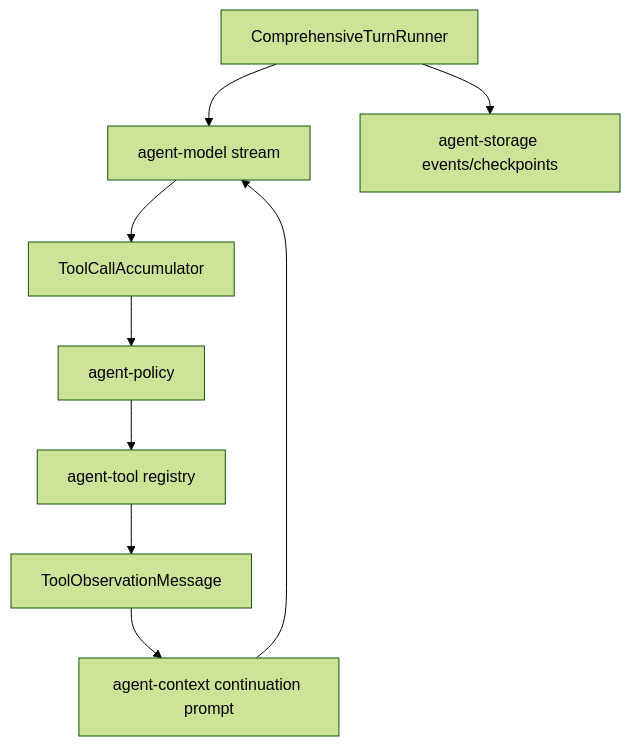
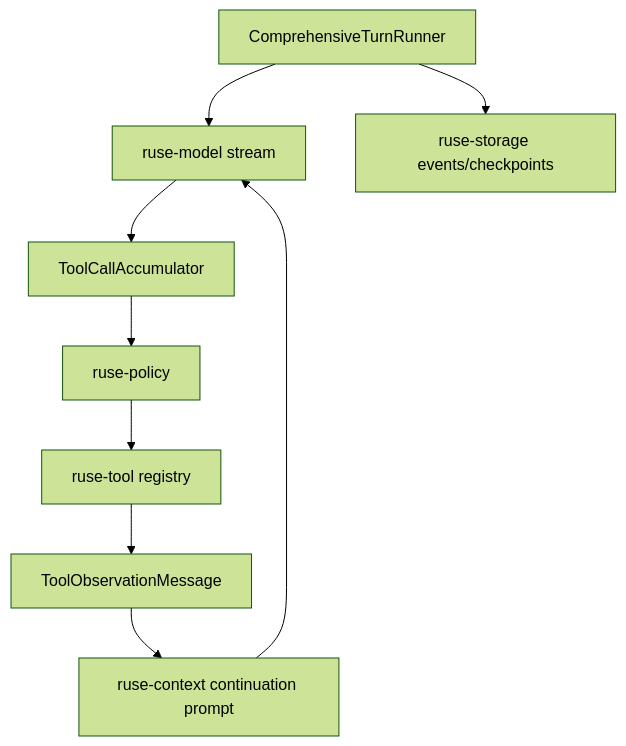
Before and after one commit to poneding/agent: the diagram in docs/specs/M18-00-agent-tool-loop-technical-design.spec.md, drawn with Mermaid (forest theme). The commit also changed other lines of this file and 2091 other files, not shown here.

First line of the commit message:
refactor: rename agent branding to ruse

````diff
--- a/docs/specs/M18-00-agent-tool-loop-technical-design.spec.md
+++ b/docs/specs/M18-00-agent-tool-loop-technical-design.spec.md
@@ -35,11 +35,11 @@
 ```mermaid
 flowchart TD
-  Runner["ComprehensiveTurnRunner"] --> Model["agent-model stream"]
+  Runner["ComprehensiveTurnRunner"] --> Model["ruse-model stream"]
   Model --> Accumulator["ToolCallAccumulator"]
-  Accumulator --> Policy["agent-policy"]
-  Policy --> Tools["agent-tool registry"]
+  Accumulator --> Policy["ruse-policy"]
+  Policy --> Tools["ruse-tool registry"]
   Tools --> Observation["ToolObservationMessage"]
-  Observation --> Context["agent-context continuation prompt"]
+  Observation --> Context["ruse-context continuation prompt"]
   Context --> Model
-  Runner --> Store["agent-storage events/checkpoints"]
+  Runner --> Store["ruse-storage events/checkpoints"]
 ```
````
